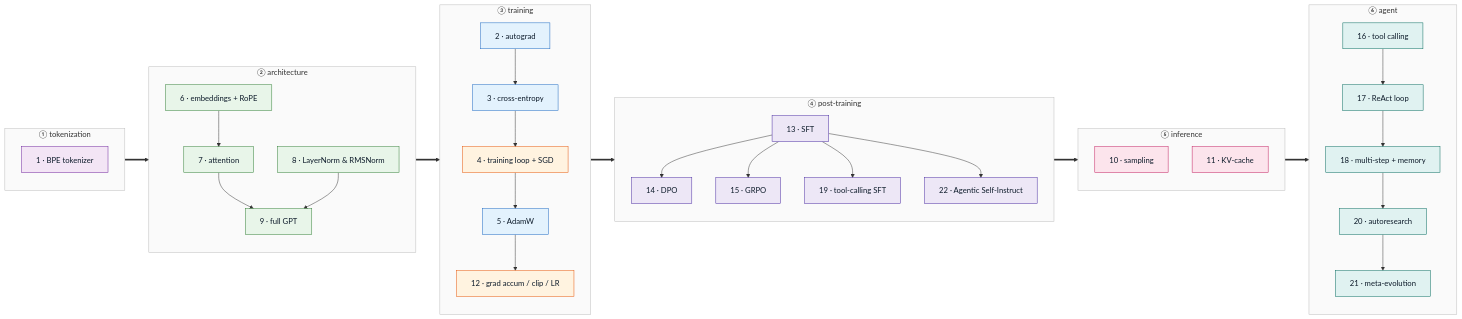
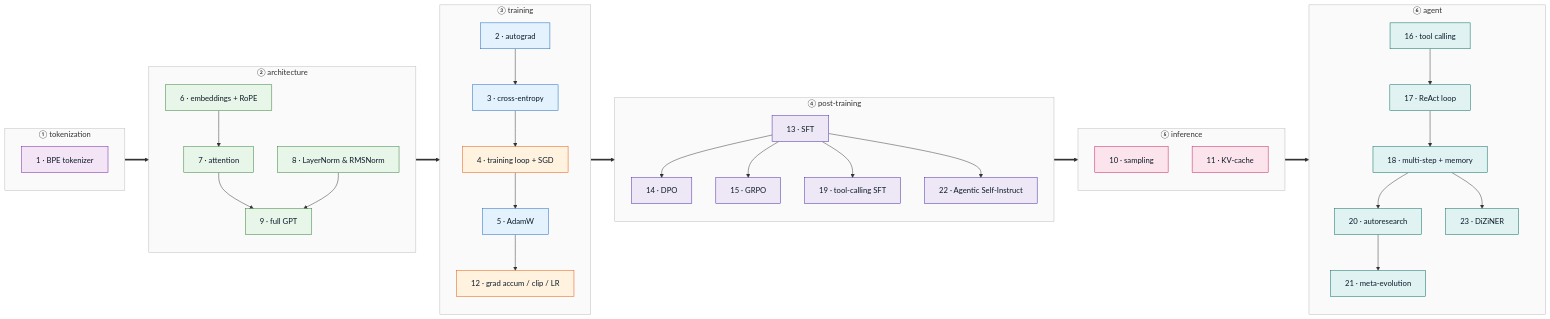
The diagram in README.md (WeerayutBu/learning-llm-components), drawn with Mermaid before and after one commit. The commit also changed other lines of this file and 20 other files, not shown here.

````diff
--- a/README.md
+++ b/README.md
@@ -14,73 +14,75 @@
 ```mermaid
 flowchart LR
     subgraph TOKENIZE["① tokenization"]
         direction TB
         M1[1 · BPE tokenizer]:::token
     end
 
     subgraph ARCH["② architecture"]
         direction TB
         M6[6 · embeddings + RoPE]:::arch
         M8[8 · LayerNorm & RMSNorm]:::arch
         M7[7 · attention]:::arch
         M9[9 · full GPT]:::arch
         M6 --> M7 --> M9
         M8 --> M9
     end
 
     subgraph TRAIN["③ training"]
         direction TB
         M2[2 · autograd]:::found
         M3[3 · cross-entropy]:::found
         M4[4 · training loop + SGD]:::train
         M5[5 · AdamW]:::found
         M12[12 · grad accum / clip / LR]:::train
         M2 --> M3 --> M4 --> M5 --> M12
     end
 
     subgraph POST["④ post-training"]
         direction TB
         M13[13 · SFT]:::post
         M14[14 · DPO]:::post
         M15[15 · GRPO]:::post
         M19[19 · tool-calling SFT]:::post
         M22[22 · Agentic Self-Instruct]:::post
         M13 --> M14
         M13 --> M15
         M13 --> M19
         M13 --> M22
     end
 
     subgraph INFER["⑤ inference"]
         direction TB
         M10[10 · sampling]:::infer
         M11[11 · KV-cache]:::infer
     end
 
     subgraph AGENT["⑥ agent"]
         direction TB
         M16[16 · tool calling]:::agent
         M17[17 · ReAct loop]:::agent
         M18[18 · multi-step + memory]:::agent
         M20[20 · autoresearch]:::agent
         M21[21 · meta-evolution]:::agent
+        M23[23 · DiZiNER]:::agent
         M16 --> M17 --> M18 --> M20 --> M21
+        M18 --> M23
     end
 
     %% block-to-block flow
     TOKENIZE ==> ARCH ==> TRAIN ==> POST ==> INFER ==> AGENT
 
     classDef found fill:#e3f2fd,stroke:#1565c0,color:#0d1b2a
     classDef train fill:#fff3e0,stroke:#e65100,color:#0d1b2a
     classDef token fill:#f3e5f5,stroke:#6a1b9a,color:#0d1b2a
     classDef arch fill:#e8f5e9,stroke:#2e7d32,color:#0d1b2a
     classDef infer fill:#fce4ec,stroke:#c2185b,color:#0d1b2a
     classDef post fill:#ede7f6,stroke:#4527a0,color:#0d1b2a
     classDef agent fill:#e0f2f1,stroke:#00695c,color:#0d1b2a
     style TOKENIZE fill:#fafafa,stroke:#bbb,color:#333
     style ARCH fill:#fafafa,stroke:#bbb,color:#333
     style TRAIN fill:#fafafa,stroke:#bbb,color:#333
     style POST fill:#fafafa,stroke:#bbb,color:#333
     style INFER fill:#fafafa,stroke:#bbb,color:#333
     style AGENT fill:#fafafa,stroke:#bbb,color:#333
 ```
````
